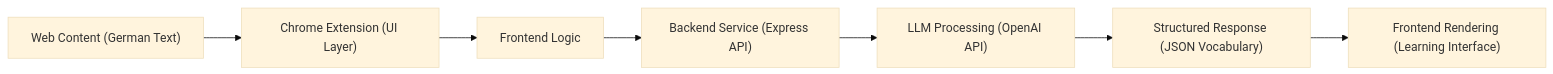
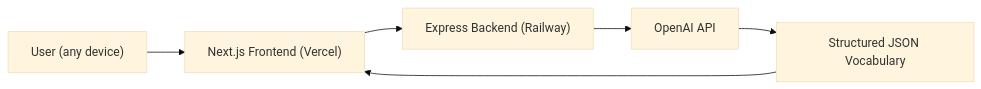
One commit to jeannineshiu/german-ai-extension changed the diagram in README.md. Above: the diagram before and after it, drawn with Mermaid (base theme). The commit also changed other lines of this file, not shown here.

Commit message:
docs: update README for web app

````diff
--- a/README.md
+++ b/README.md
@@ -47,9 +50,8 @@
 ```mermaid
 flowchart LR
-    A["Web Content (German Text)"] --> B["Chrome Extension (UI Layer)"]
-    B --> C["Frontend Logic"]
-    C --> D["Backend Service (Express API)"]
-    D --> E["LLM Processing (OpenAI API)"]
-    E --> F["Structured Response (JSON Vocabulary)"]
-    F --> G["Frontend Rendering (Learning Interface)"]
+    A["User (any device)"] --> B["Next.js Frontend (Vercel)"]
+    B --> C["Express Backend (Railway)"]
+    C --> D["OpenAI API"]
+    D --> E["Structured JSON Vocabulary"]
+    E --> B
 ```
````
